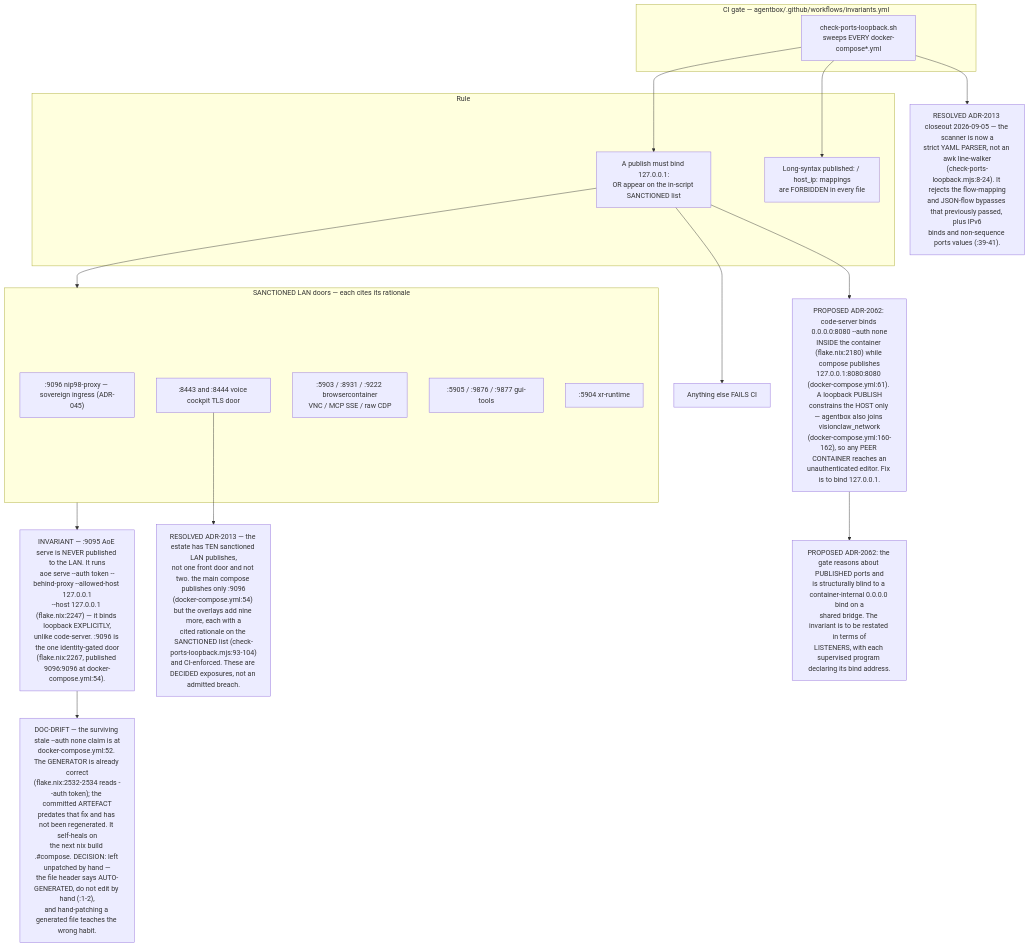
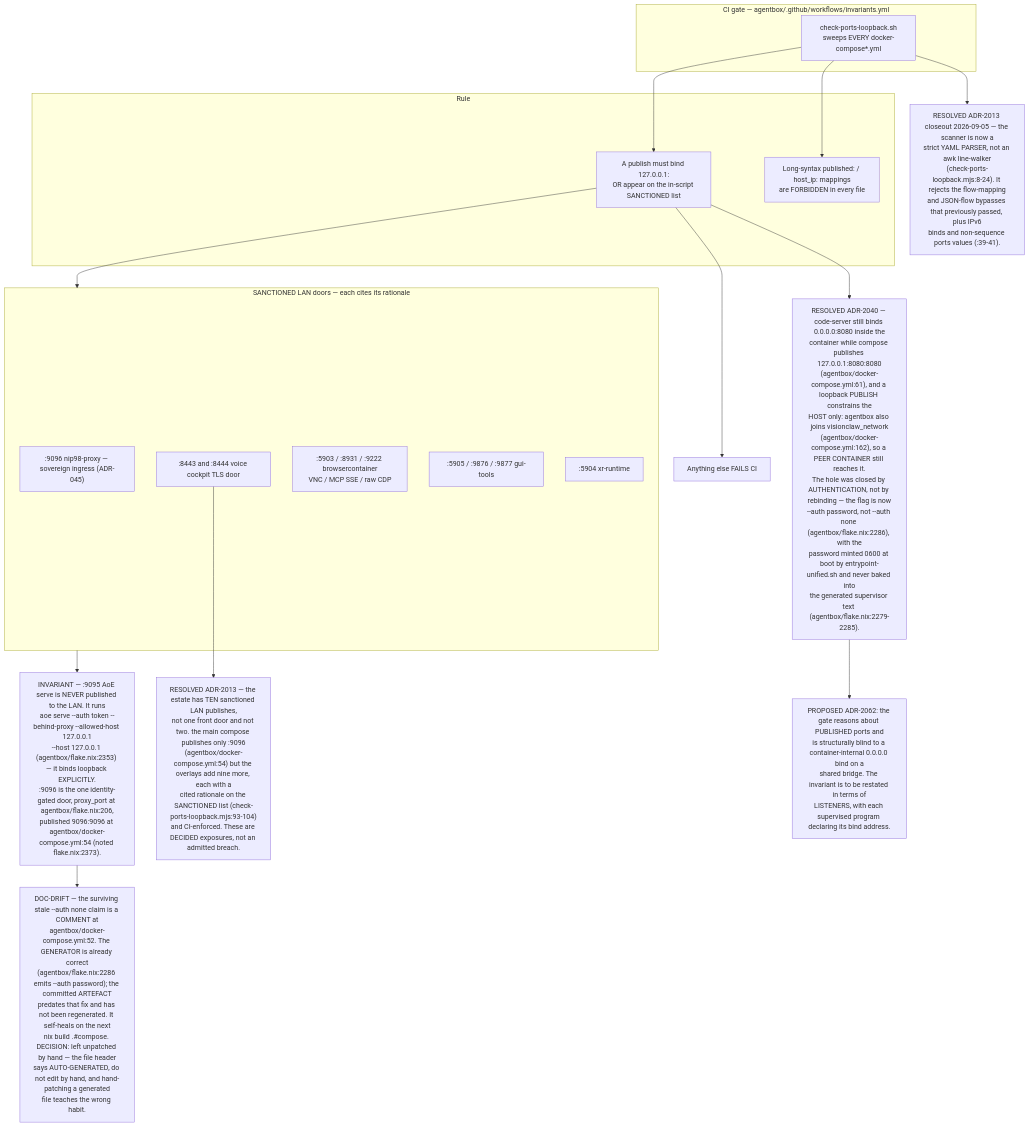
The eighth of 10 diagrams in docs/diagrams/estate/10-deployment-and-security-profiles.md (DreamLab-AI/VisionFlow), drawn with Mermaid before and after one commit. The commit also changed other lines of this file and 185 other files, not shown here.

Commit message:
docs(estate): reconcile diagrams and ADRs with source and define closeout sprint

````diff
--- a/docs/diagrams/estate/10-deployment-and-security-profiles.md
+++ b/docs/diagrams/estate/10-deployment-and-security-profiles.md
@@ -307,35 +312,35 @@
 ```mermaid
 flowchart TB
     subgraph ci["CI gate — agentbox/.github/workflows/invariants.yml"]
         SC["check-ports-loopback.sh<br/>sweeps EVERY docker-compose*.yml"]
     end
     subgraph rule["Rule"]
         R1["A publish must bind 127.0.0.1:<br/>OR appear on the in-script SANCTIONED list"]
         R2["Long-syntax published: / host_ip: mappings<br/>are FORBIDDEN in every file"]
     end
     subgraph sanctioned["SANCTIONED LAN doors — each cites its rationale"]
         P1[":9096 nip98-proxy — sovereign ingress (ADR-045)"]
         P2[":8443 and :8444 voice cockpit TLS door"]
         P3[":5903 / :8931 / :9222 browsercontainer<br/>VNC / MCP SSE / raw CDP"]
         P4[":5905 / :9876 / :9877 gui-tools"]
         P5[":5904 xr-runtime"]
     end
     FAIL["Anything else FAILS CI"]
-    INV["INVARIANT — :9095 AoE serve is NEVER published to the LAN. It runs<br/>aoe serve --auth token --behind-proxy --allowed-host 127.0.0.1<br/>--host 127.0.0.1 (flake.nix:2247) — it binds loopback EXPLICITLY,<br/>unlike code-server. :9096 is the one identity-gated door<br/>(flake.nix:2267, published 9096:9096 at docker-compose.yml:54)."]
-    D1["RESOLVED ADR-2013 — the estate has TEN sanctioned LAN publishes,<br/>not one front door and not two. the main compose publishes only :9096<br/>(docker-compose.yml:54) but the overlays add nine more, each with a<br/>cited rationale on the SANCTIONED list (check-ports-loopback.mjs:93-104)<br/>and CI-enforced. These are DECIDED exposures, not an admitted breach."]
+    INV["INVARIANT — :9095 AoE serve is NEVER published to the LAN. It runs<br/>aoe serve --auth token --behind-proxy --allowed-host 127.0.0.1<br/>--host 127.0.0.1 (agentbox/flake.nix:2353) — it binds loopback EXPLICITLY.<br/>:9096 is the one identity-gated door, proxy_port at agentbox/flake.nix:206,<br/>published 9096:9096 at agentbox/docker-compose.yml:54 (noted flake.nix:2373)."]
+    D1["RESOLVED ADR-2013 — the estate has TEN sanctioned LAN publishes,<br/>not one front door and not two. the main compose publishes only :9096<br/>(agentbox/docker-compose.yml:54) but the overlays add nine more, each with a<br/>cited rationale on the SANCTIONED list (check-ports-loopback.mjs:93-104)<br/>and CI-enforced. These are DECIDED exposures, not an admitted breach."]
     D2["RESOLVED ADR-2013 closeout 2026-09-05 — the scanner is now a<br/>strict YAML PARSER, not an awk line-walker<br/>(check-ports-loopback.mjs:8-24). It rejects the flow-mapping<br/>and JSON-flow bypasses that previously passed, plus IPv6<br/>binds and non-sequence ports values (:39-41)."]
-    D3["PROPOSED ADR-2062: code-server binds 0.0.0.0:8080 --auth none<br/>INSIDE the container (flake.nix:2180) while compose publishes<br/>127.0.0.1:8080:8080 (docker-compose.yml:61). A loopback PUBLISH<br/>constrains the HOST only — agentbox also joins visionclaw_network<br/>(docker-compose.yml:160-162), so any PEER CONTAINER reaches an<br/>unauthenticated editor. Fix is to bind 127.0.0.1."]
+    D3["RESOLVED ADR-2040 — code-server still binds 0.0.0.0:8080 inside the<br/>container while compose publishes 127.0.0.1:8080:8080<br/>(agentbox/docker-compose.yml:61), and a loopback PUBLISH constrains the<br/>HOST only: agentbox also joins visionclaw_network<br/>(agentbox/docker-compose.yml:162), so a PEER CONTAINER still reaches it.<br/>The hole was closed by AUTHENTICATION, not by rebinding — the flag is now<br/>--auth password, not --auth none (agentbox/flake.nix:2286), with the<br/>password minted 0600 at boot by entrypoint-unified.sh and never baked into<br/>the generated supervisor text (agentbox/flake.nix:2279-2285)."]
     D5["PROPOSED ADR-2062: the gate reasons about PUBLISHED ports and<br/>is structurally blind to a container-internal 0.0.0.0 bind on a<br/>shared bridge. The invariant is to be restated in terms of<br/>LISTENERS, with each supervised program declaring its bind address."]
-    D4["DOC-DRIFT — the surviving stale --auth none claim is at<br/>docker-compose.yml:52. The GENERATOR is already correct<br/>(flake.nix:2532-2534 reads --auth token); the committed ARTEFACT<br/>predates that fix and has not been regenerated. It self-heals on<br/>the next nix build .#compose. DECISION: left unpatched by hand —<br/>the file header says AUTO-GENERATED, do not edit by hand (:1-2),<br/>and hand-patching a generated file teaches the wrong habit."]
+    D4["DOC-DRIFT — the surviving stale --auth none claim is a COMMENT at<br/>agentbox/docker-compose.yml:52. The GENERATOR is already correct<br/>(agentbox/flake.nix:2286 emits --auth password); the committed ARTEFACT<br/>predates that fix and has not been regenerated. It self-heals on the next<br/>nix build .#compose. DECISION: left unpatched by hand — the file header<br/>says AUTO-GENERATED, do not edit by hand, and hand-patching a generated<br/>file teaches the wrong habit."]
 
     SC --> R1
     SC --> R2
     R1 --> sanctioned
     R1 --> FAIL
     sanctioned --> INV
     P2 --> D1
     SC --> D2
     R1 --> D3
     INV --> D4
     D3 --> D5
 ```
````
